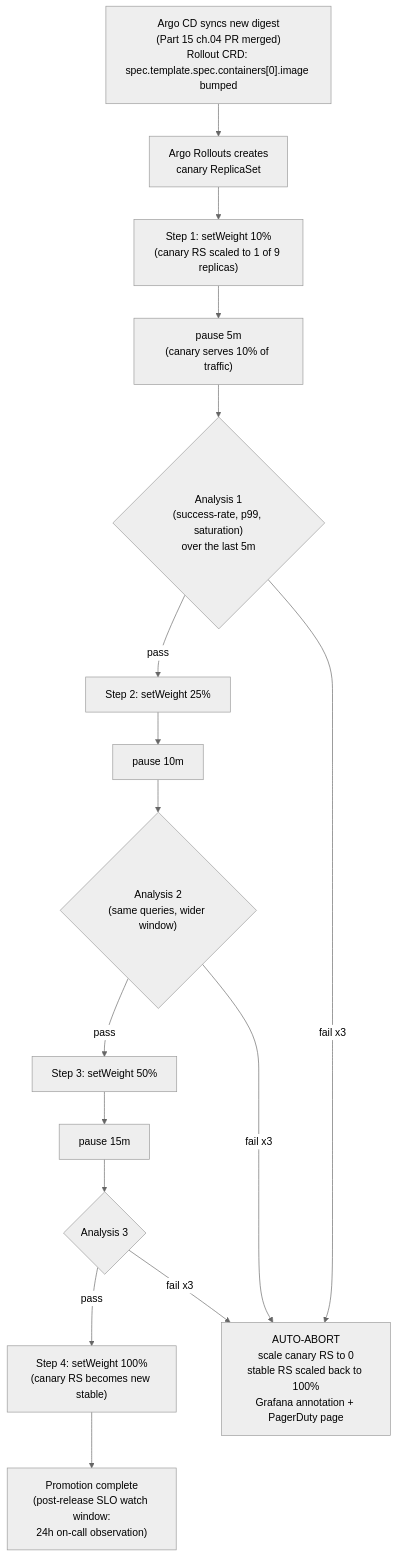
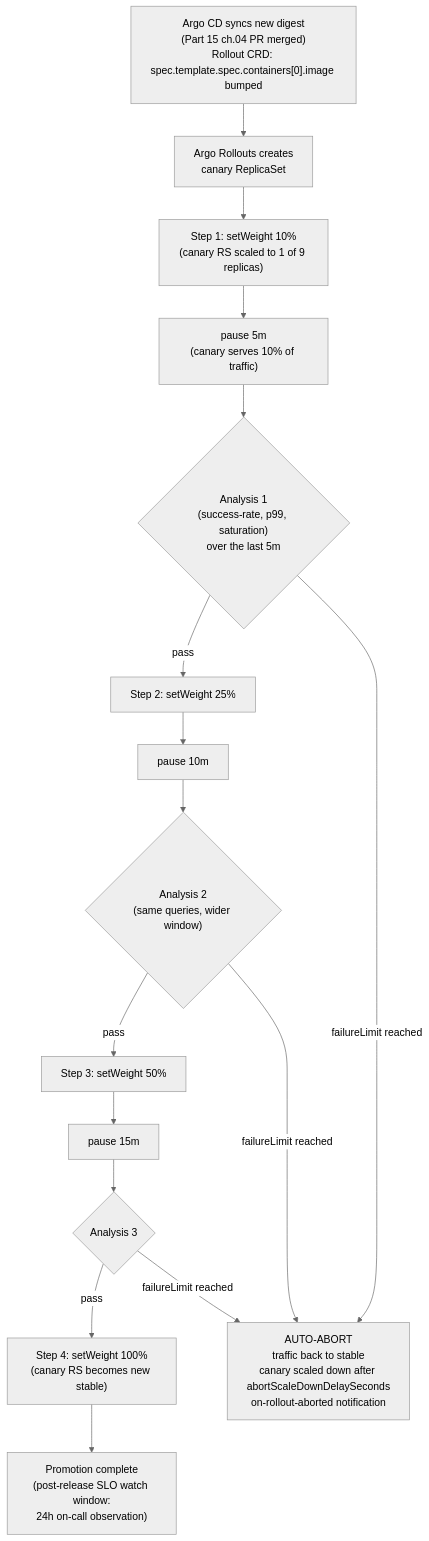
One commit to abd-ulbasit/bookstore-kubernetes-guide changed the diagram in full-guide/15-day-to-day-production-ops/06-progressive-delivery-in-production.md. Above: the diagram before and after it, drawn with Mermaid (neutral theme). The commit also changed other lines of this file and 2 other files, not shown here.

````diff
--- a/full-guide/15-day-to-day-production-ops/06-progressive-delivery-in-production.md
+++ b/full-guide/15-day-to-day-production-ops/06-progressive-delivery-in-production.md
@@ -128,25 +136,25 @@
 ```mermaid
 flowchart TD
     deploy["Argo CD syncs new digest<br/>(Part 15 ch.04 PR merged)<br/>Rollout CRD: spec.template.spec.containers[0].image bumped"]
     canary_rs["Argo Rollouts creates<br/>canary ReplicaSet"]
     w10["Step 1: setWeight 10%<br/>(canary RS scaled to 1 of 9 replicas)"]
     p1["pause 5m<br/>(canary serves 10% of traffic)"]
     an1{"Analysis 1<br/>(success-rate, p99, saturation)<br/>over the last 5m"}
     w25["Step 2: setWeight 25%"]
     p2["pause 10m"]
     an2{"Analysis 2<br/>(same queries, wider window)"}
     w50["Step 3: setWeight 50%"]
     p3["pause 15m"]
     an3{"Analysis 3"}
     w100["Step 4: setWeight 100%<br/>(canary RS becomes new stable)"]
-    abort["AUTO-ABORT<br/>scale canary RS to 0<br/>stable RS scaled back to 100%<br/>Grafana annotation + PagerDuty page"]
+    abort["AUTO-ABORT<br/>traffic back to stable<br/>canary scaled down after abortScaleDownDelaySeconds<br/>on-rollout-aborted notification"]
     promote["Promotion complete<br/>(post-release SLO watch window:<br/>24h on-call observation)"]
 
     deploy --> canary_rs --> w10 --> p1 --> an1
     an1 -- pass --> w25 --> p2 --> an2
-    an1 -- fail x3 --> abort
+    an1 -- "failureLimit reached" --> abort
     an2 -- pass --> w50 --> p3 --> an3
-    an2 -- fail x3 --> abort
+    an2 -- "failureLimit reached" --> abort
     an3 -- pass --> w100 --> promote
-    an3 -- fail x3 --> abort
+    an3 -- "failureLimit reached" --> abort
 ```
````
